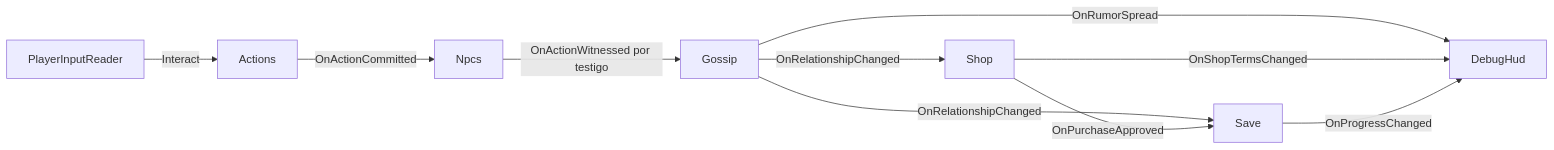
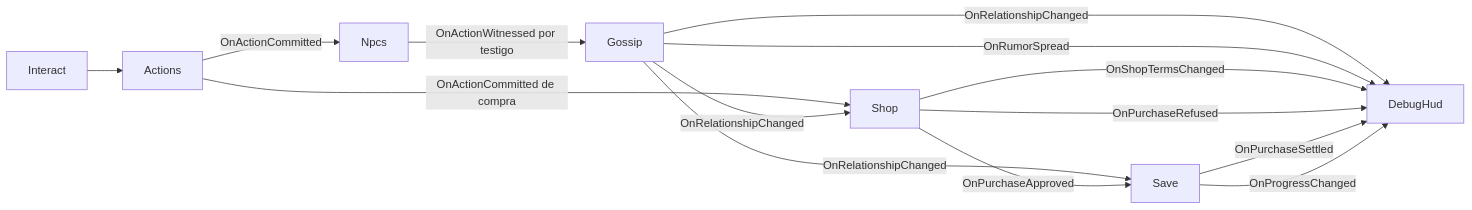
The third of 3 diagrams in Assets/Docs/ARCHITECTURE.md (ningunFernando/GosipSimulator), drawn with Mermaid before and after one commit. The commit also changed other lines of this file and 2 other files, not shown here.

First line of the commit message:
Bring the docs up to date with the shop and the village HUD

````diff
--- a/Assets/Docs/ARCHITECTURE.md
+++ b/Assets/Docs/ARCHITECTURE.md
@@ -432,12 +459,16 @@
 ```mermaid
 flowchart LR
-    Input[PlayerInputReader] -->|Interact| Actions
+    Input[Interact] --> Actions
     Actions -->|OnActionCommitted| Npcs
+    Actions -->|OnActionCommitted de compra| Shop
     Npcs -->|OnActionWitnessed por testigo| Gossip
     Gossip -->|OnRelationshipChanged| Save
     Gossip -->|OnRelationshipChanged| Shop
-    Gossip -->|OnRumorSpread| HUD[DebugHud]
+    Gossip -->|OnRelationshipChanged| HUD[DebugHud]
+    Gossip -->|OnRumorSpread| HUD
     Shop -->|OnShopTermsChanged| HUD
+    Shop -->|OnPurchaseRefused| HUD
     Shop -->|OnPurchaseApproved| Save
+    Save -->|OnPurchaseSettled| HUD
     Save -->|OnProgressChanged| HUD
 ```
````
